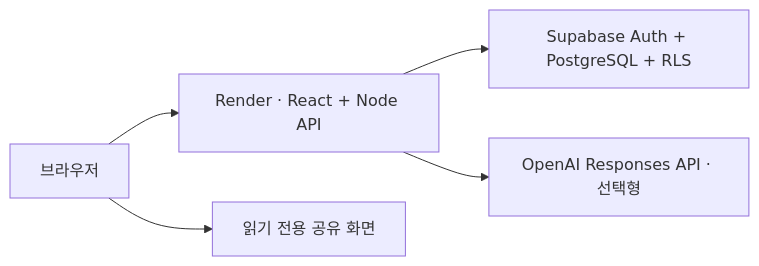
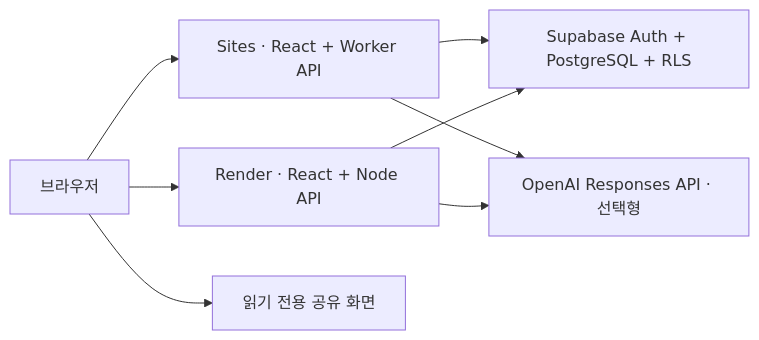
One commit to Mureung1/hub-showcase changed the diagram in README.md. Above: the diagram before and after it, drawn with Mermaid. The commit also changed other lines of this file and 21 other files, not shown here.

Commit message:
Add Sites Worker deployment

````diff
--- a/README.md
+++ b/README.md
@@ -9,7 +9,10 @@
 ```mermaid
 flowchart LR
-    B["브라우저"] --> R["Render · React + Node API"]
-    R --> S["Supabase Auth + PostgreSQL + RLS"]
-    R --> O["OpenAI Responses API · 선택형"]
+    B["브라우저"] --> C["Sites · React + Worker API"]
+    B --> R["Render · React + Node API"]
+    C --> S["Supabase Auth + PostgreSQL + RLS"]
+    R --> S
+    C --> O["OpenAI Responses API · 선택형"]
+    R --> O
     B --> L["읽기 전용 공유 화면"]
 ```
````
